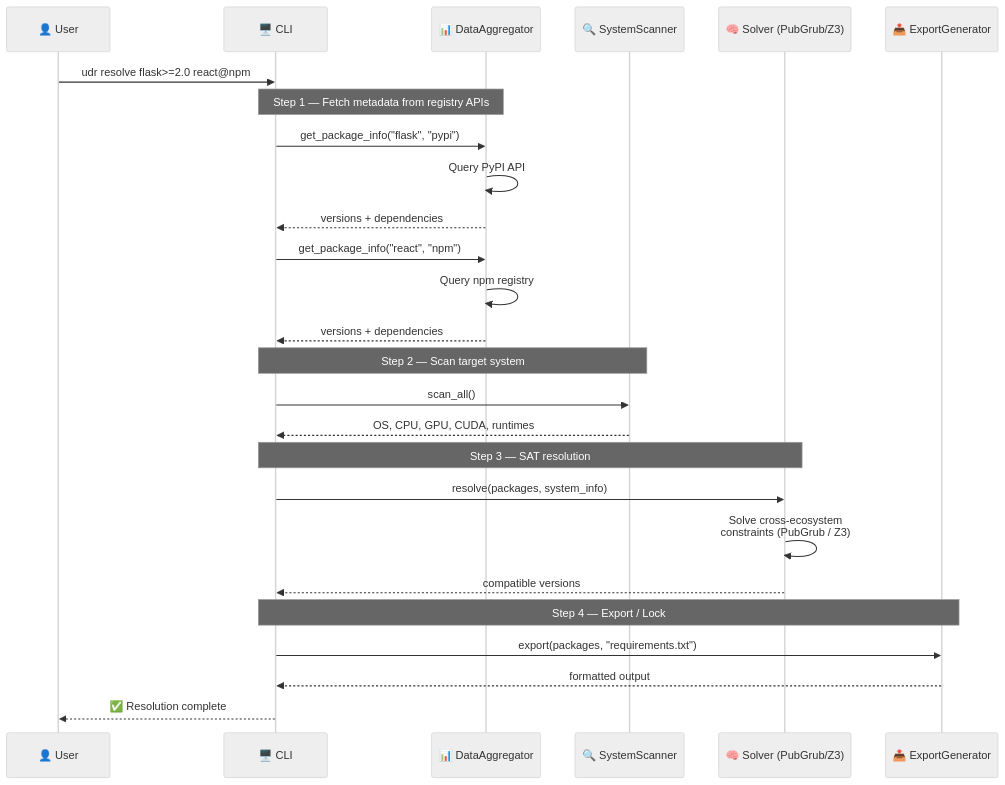
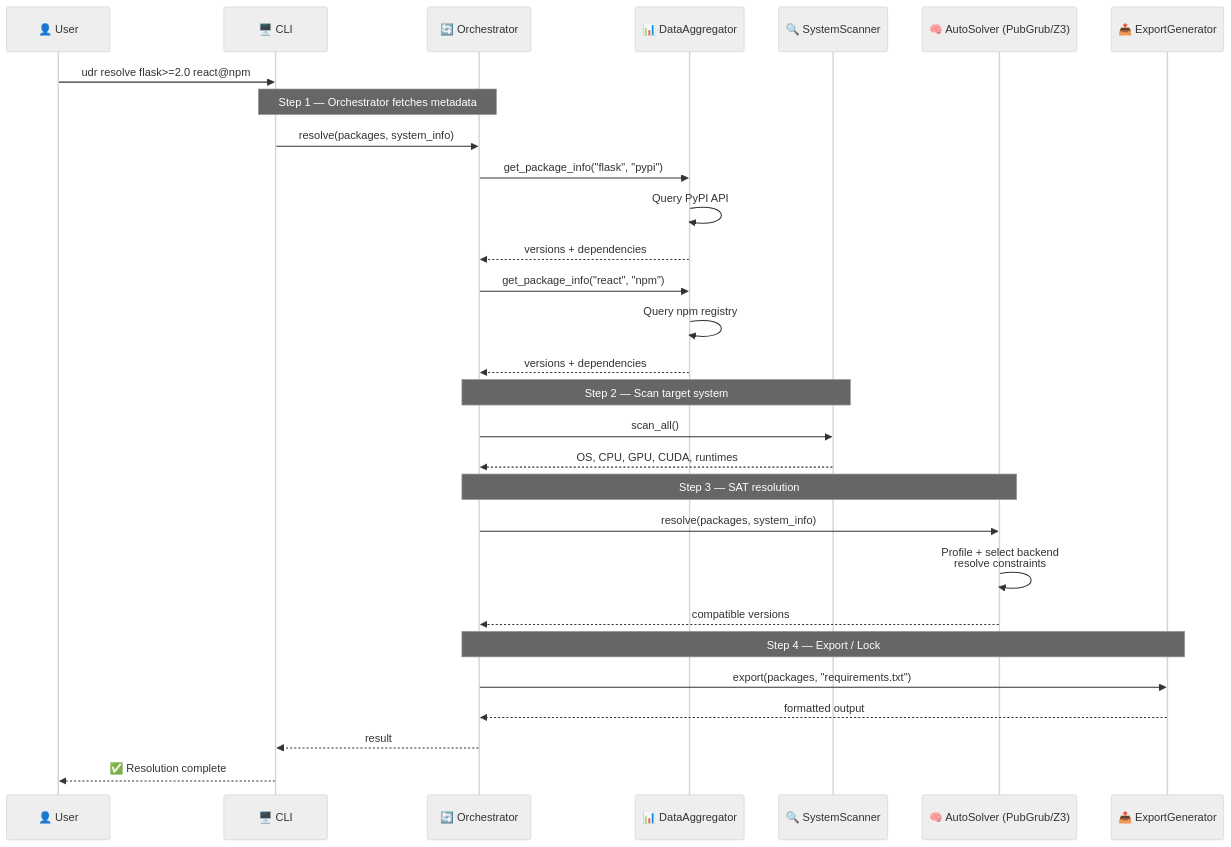
Before and after one commit to code-with-zeeshan/universal-dependency-resolver: the first of 2 diagrams in docs/USER_GUIDE.md, drawn with Mermaid (neutral theme). The commit also changed other lines of this file and 17 other files, not shown here.

Commit message:
fix: doc diagram accuracy + Z3 optional dep + ecosystem category labels

````diff
--- a/docs/USER_GUIDE.md
+++ b/docs/USER_GUIDE.md
@@ -129,29 +129,32 @@
 ```mermaid
 sequenceDiagram
     participant User as 👤 User
     participant CLI as 🖥️ CLI
+    participant Orch as 🔄 Orchestrator
     participant Agg as 📊 DataAggregator
     participant Scanner as 🔍 SystemScanner
-    participant Solver as 🧠 Solver (PubGrub/Z3)
+    participant Solver as 🧠 AutoSolver (PubGrub/Z3)
     participant Export as 📤 ExportGenerator
 
     User->>CLI: udr resolve flask>=2.0 react@npm
-    Note over CLI,Agg: Step 1 — Fetch metadata from registry APIs
-    CLI->>Agg: get_package_info("flask", "pypi")
+    Note over CLI,Orch: Step 1 — Orchestrator fetches metadata
+    CLI->>Orch: resolve(packages, system_info)
+    Orch->>Agg: get_package_info("flask", "pypi")
     Agg->>Agg: Query PyPI API
-    Agg-->>CLI: versions + dependencies
-    CLI->>Agg: get_package_info("react", "npm")
+    Agg-->>Orch: versions + dependencies
+    Orch->>Agg: get_package_info("react", "npm")
     Agg->>Agg: Query npm registry
-    Agg-->>CLI: versions + dependencies
-    Note over CLI,Scanner: Step 2 — Scan target system
-    CLI->>Scanner: scan_all()
-    Scanner-->>CLI: OS, CPU, GPU, CUDA, runtimes
-    Note over CLI,Solver: Step 3 — SAT resolution
-    CLI->>Solver: resolve(packages, system_info)
-    Solver->>Solver: Solve cross-ecosystem<br/>constraints (PubGrub / Z3)
-    Solver-->>CLI: compatible versions
-    Note over CLI,Export: Step 4 — Export / Lock
-    CLI->>Export: export(packages, "requirements.txt")
-    Export-->>CLI: formatted output
+    Agg-->>Orch: versions + dependencies
+    Note over Orch,Scanner: Step 2 — Scan target system
+    Orch->>Scanner: scan_all()
+    Scanner-->>Orch: OS, CPU, GPU, CUDA, runtimes
+    Note over Orch,Solver: Step 3 — SAT resolution
+    Orch->>Solver: resolve(packages, system_info)
+    Solver->>Solver: Profile + select backend<br/>resolve constraints
+    Solver-->>Orch: compatible versions
+    Note over Orch,Export: Step 4 — Export / Lock
+    Orch->>Export: export(packages, "requirements.txt")
+    Export-->>Orch: formatted output
+    Orch-->>CLI: result
     CLI-->>User: ✅ Resolution complete
 ```
````
